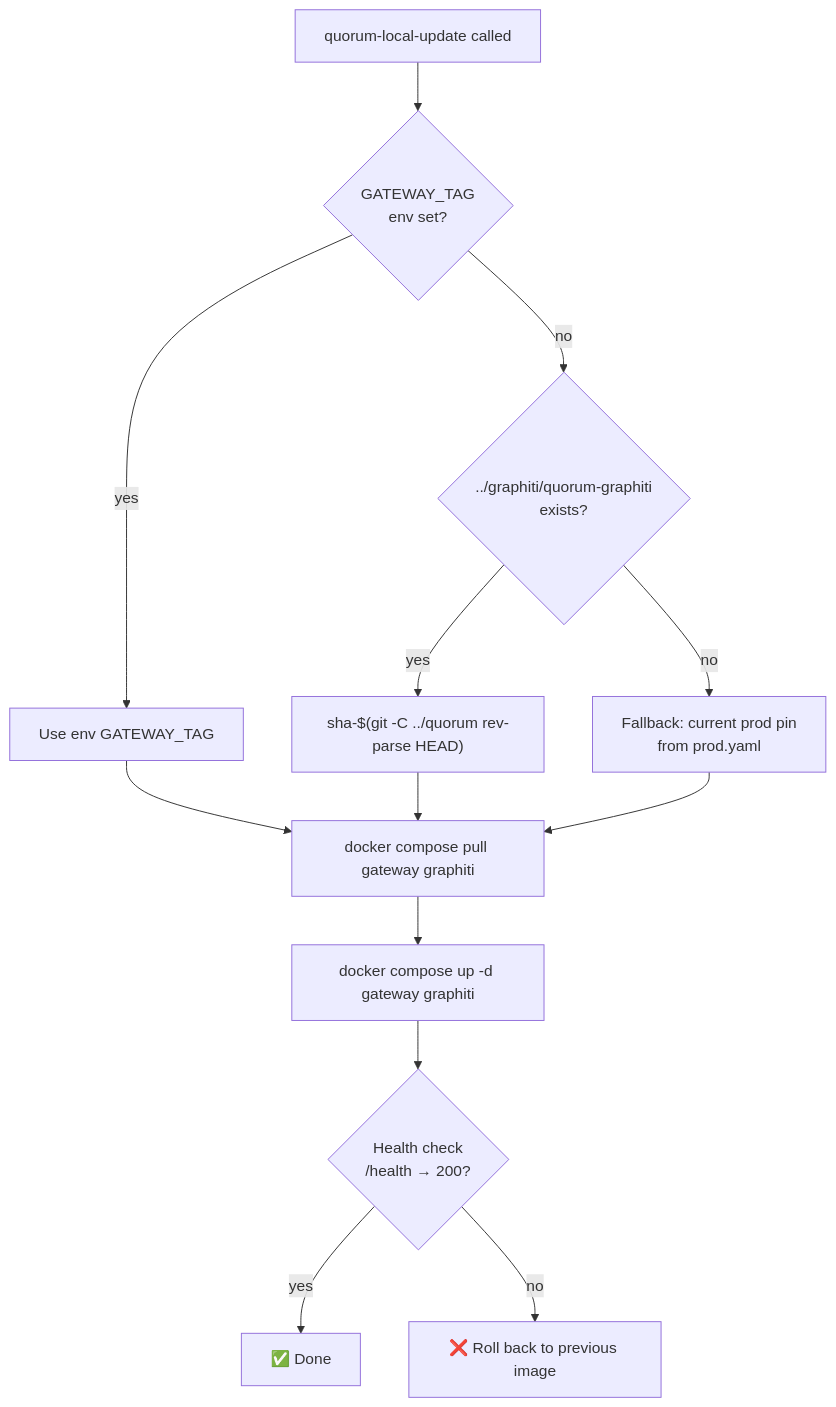
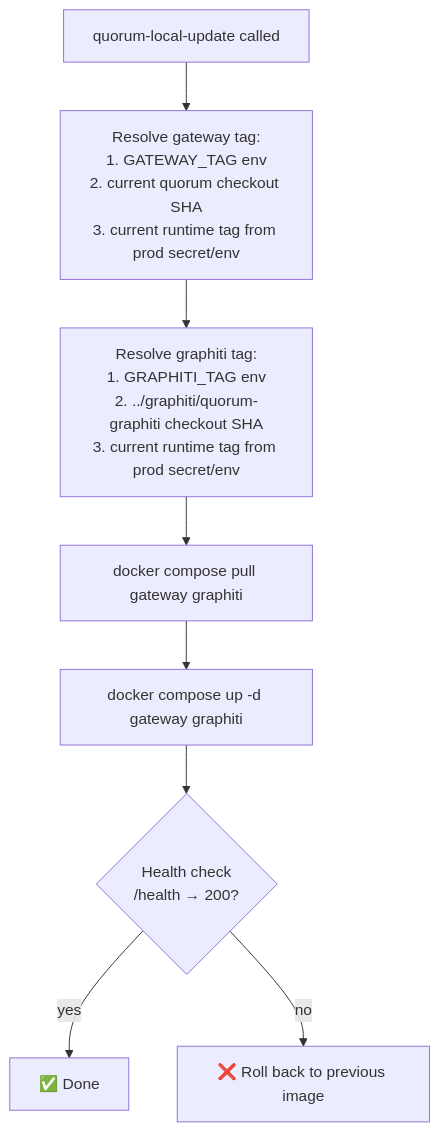
Before and after one commit to ayansasmal/quorum: the sixth of 6 diagrams in docs/CICD-DEPLOYMENT.md, drawn with Mermaid. The commit also changed other lines of this file and 1 other file, not shown here.

Commit message:
docs: clarify runtime deployment sources

````diff
--- a/docs/CICD-DEPLOYMENT.md
+++ b/docs/CICD-DEPLOYMENT.md
@@ -317,23 +321,15 @@
 ```mermaid
 flowchart TD
     A["quorum-local-update called"]
-    B{"GATEWAY_TAG\nenv set?"}
-    C{"../graphiti/quorum-graphiti\nexists?"}
-    D["Use env GATEWAY_TAG"]
-    E["sha-$(git -C ../quorum rev-parse HEAD)"]
-    F["Fallback: current prod pin\nfrom prod.yaml"]
-    G["docker compose pull gateway graphiti"]
-    H["docker compose up -d gateway graphiti"]
-    I{"Health check\n/health → 200?"}
-    J["✅ Done"]
-    K["❌ Roll back to previous image"]
+    B["Resolve gateway tag:\n1. GATEWAY_TAG env\n2. current quorum checkout SHA\n3. current runtime tag from prod secret/env"]
+    C["Resolve graphiti tag:\n1. GRAPHITI_TAG env\n2. ../graphiti/quorum-graphiti checkout SHA\n3. current runtime tag from prod secret/env"]
+    D["docker compose pull gateway graphiti"]
+    E["docker compose up -d gateway graphiti"]
+    F{"Health check\n/health → 200?"}
+    G["✅ Done"]
+    H["❌ Roll back to previous image"]
 
-    A --> B
-    B -->|yes| D
-    B -->|no| C
-    C -->|yes| E
-    C -->|no| F
-    D & E & F --> G --> H --> I
-    I -->|yes| J
-    I -->|no| K
+    A --> B --> C --> D --> E --> F
+    F -->|yes| G
+    F -->|no| H
 ```
````
